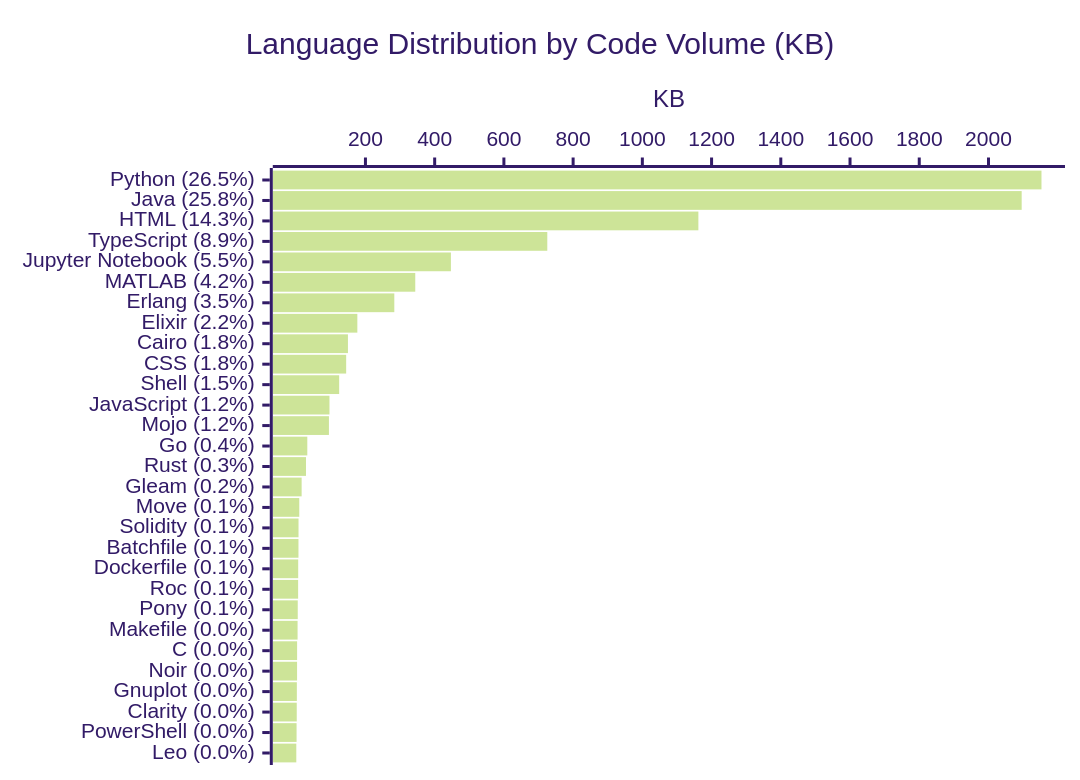
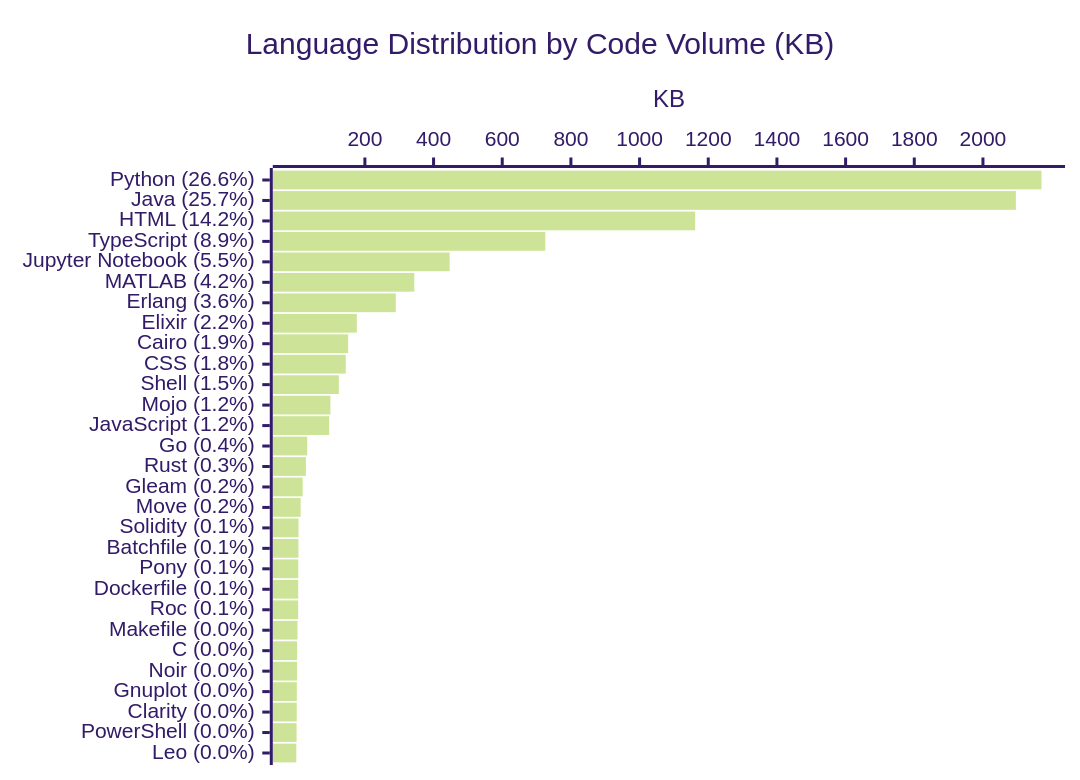
Before and after one commit to KathiraveluLab/.github: the diagram in profile/README.md, drawn with Mermaid (forest theme). The commit also changed other lines of this file and 1 other file, not shown here.

````diff
--- a/profile/README.md
+++ b/profile/README.md
@@ -67,7 +67,7 @@
 ```mermaid
 xychart-beta horizontal
     title "Language Distribution by Code Volume (KB)"
-    x-axis ["Python (26.5%)", "Java (25.8%)", "HTML (14.3%)", "TypeScript (8.9%)", "Jupyter Notebook (5.5%)", "MATLAB (4.2%)", "Erlang (3.5%)", "Elixir (2.2%)", "Cairo (1.8%)", "CSS (1.8%)", "Shell (1.5%)", "JavaScript (1.2%)", "Mojo (1.2%)", "Go (0.4%)", "Rust (0.3%)", "Gleam (0.2%)", "Move (0.1%)", "Solidity (0.1%)", "Batchfile (0.1%)", "Dockerfile (0.1%)", "Roc (0.1%)", "Pony (0.1%)", "Makefile (0.0%)", "C (0.0%)", "Noir (0.0%)", "Gnuplot (0.0%)", "Clarity (0.0%)", "PowerShell (0.0%)", "Leo (0.0%)"]
+    x-axis ["Python (26.6%)", "Java (25.7%)", "HTML (14.2%)", "TypeScript (8.9%)", "Jupyter Notebook (5.5%)", "MATLAB (4.2%)", "Erlang (3.6%)", "Elixir (2.2%)", "Cairo (1.9%)", "CSS (1.8%)", "Shell (1.5%)", "Mojo (1.2%)", "JavaScript (1.2%)", "Go (0.4%)", "Rust (0.3%)", "Gleam (0.2%)", "Move (0.2%)", "Solidity (0.1%)", "Batchfile (0.1%)", "Pony (0.1%)", "Dockerfile (0.1%)", "Roc (0.1%)", "Makefile (0.0%)", "C (0.0%)", "Noir (0.0%)", "Gnuplot (0.0%)", "Clarity (0.0%)", "PowerShell (0.0%)", "Leo (0.0%)"]
     y-axis "KB"
-    bar [2153.14, 2095.91, 1161.88, 725.38, 446.91, 343.93, 283.41, 176.6, 149.42, 144.32, 124.1, 96.07, 94.5, 32.03, 28.25, 15.66, 8.83, 6.65, 6.48, 5.75, 5.51, 4.41, 3.91, 2.58, 2.46, 1.82, 1.53, 1.02, 0.26]
+    bar [2170.46, 2095.91, 1161.88, 725.38, 446.91, 343.93, 289.93, 176.6, 151.31, 144.32, 124.15, 99.52, 96.07, 32.03, 28.25, 18.9, 12.89, 6.65, 6.48, 6.01, 5.75, 5.51, 3.74, 2.58, 2.46, 1.82, 1.53, 1.02, 0.26]
 ```
````
